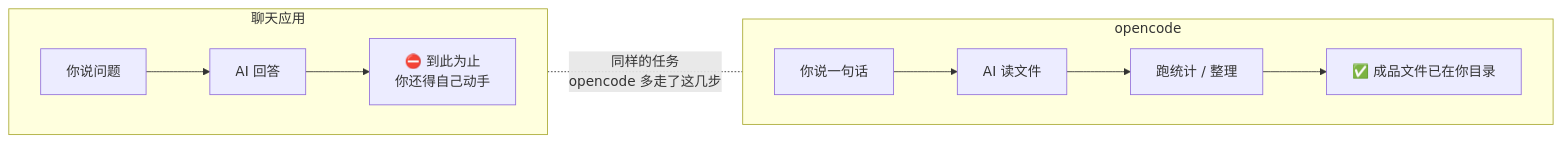
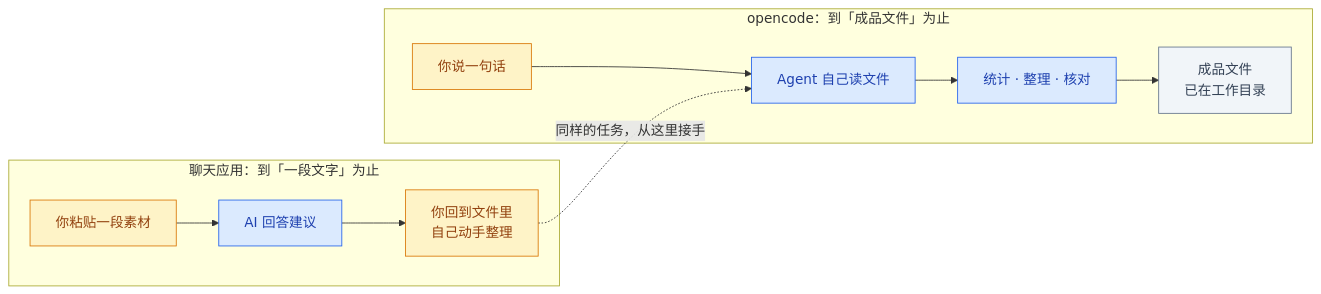
The second of 7 diagrams in ppt/ppt1-intro/opencode-getting-started.md (masonsxu/notes), drawn with Mermaid before and after one commit. The commit also changed other lines of this file and 1 other file, not shown here.

First line of the commit message:
refactor: 重写 opencode 入门与进阶文稿为演示级教学文档

````diff
--- a/ppt/ppt1-intro/opencode-getting-started.md
+++ b/ppt/ppt1-intro/opencode-getting-started.md
@@ -30,15 +49,17 @@
 ```mermaid
 flowchart LR
-    subgraph C["聊天应用"]
-        direction LR
-        C1["你说问题"] --> C2["AI 回答"]
-        C2 --> STOP["⛔ 到此为止<br/>你还得自己动手"]
+    classDef human fill:#FEF3C7,stroke:#D97706,color:#92400E
+    classDef agent fill:#DBEAFE,stroke:#2563EB,color:#1E40AF
+    classDef artifact fill:#F1F5F9,stroke:#64748B,color:#334155
+
+    subgraph CHAT["聊天应用：到「一段文字」为止"]
+        C1["你粘贴一段素材"]:::human --> C2["AI 回答建议"]:::agent
+        C2 --> C3["你回到文件里<br/>自己动手整理"]:::human
     end
-    subgraph O["opencode"]
-        direction LR
-        O1["你说一句话"] --> O2["AI 读文件"]
-        O2 --> O3["跑统计 / 整理"]
-        O3 --> O4["✅ 成品文件已在你目录"]
+    subgraph OC["opencode：到「成品文件」为止"]
+        O1["你说一句话"]:::human --> O2["Agent 自己读文件"]:::agent
+        O2 --> O3["统计 · 整理 · 核对"]:::agent
+        O3 --> O4["成品文件<br/>已在工作目录"]:::artifact
     end
-    STOP -.-|"同样的任务<br/>opencode 多走了这几步"| O2
+    C3 -.->|"同样的任务，从这里接手"| O2
 ```
````
